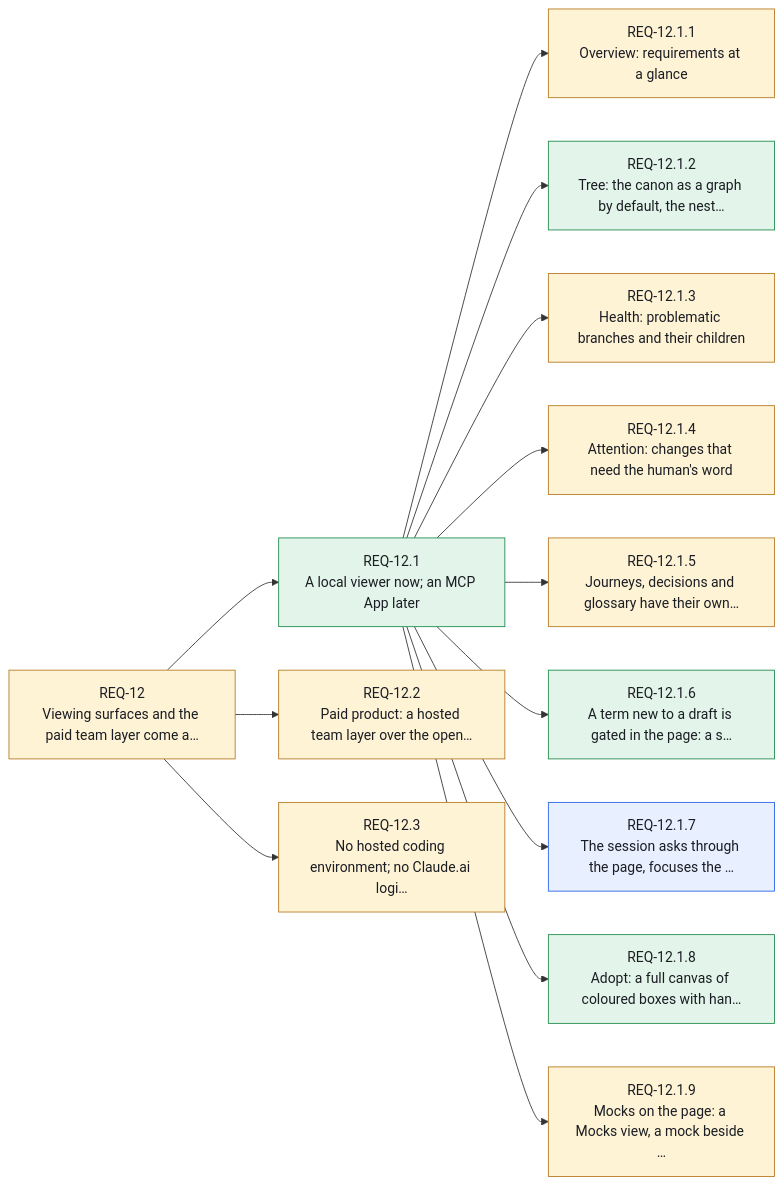
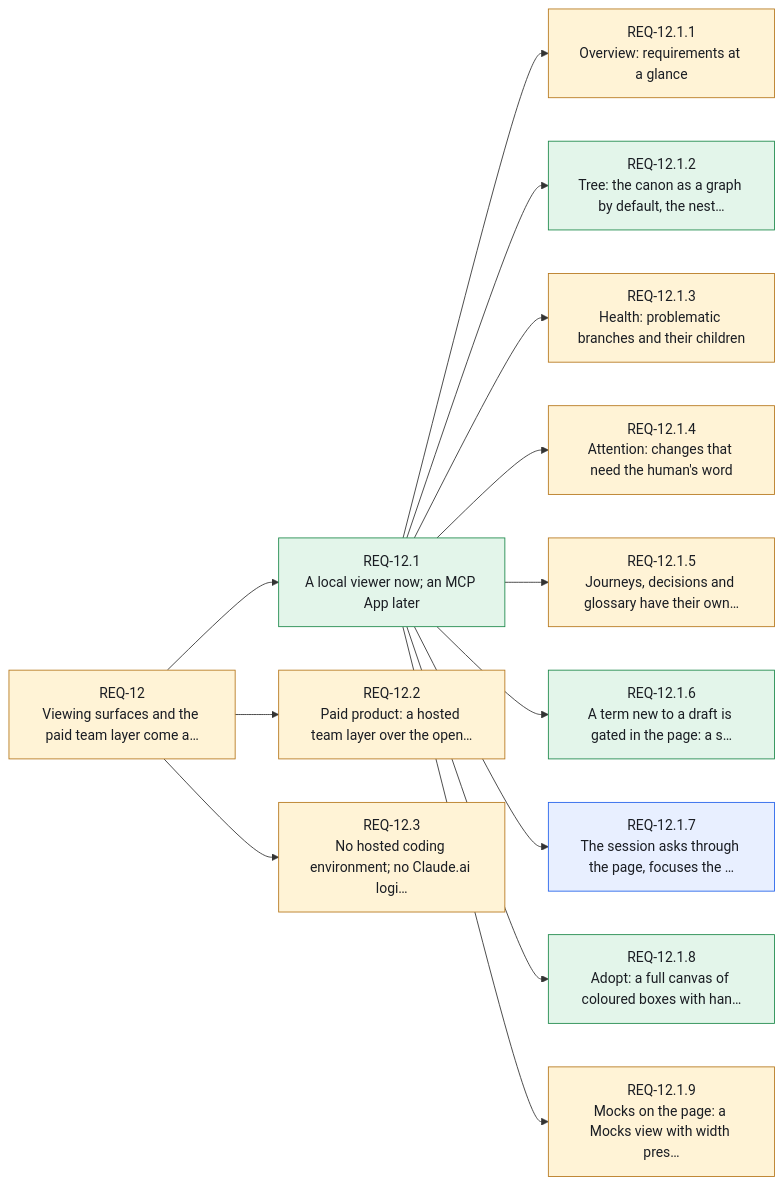
Diagram 13 of 14 in canon/INDEX.md (Althis/headcanon), drawn with Mermaid before and after one commit. The commit also changed other lines of this file and 14 other files, not shown here.

````diff
--- a/canon/INDEX.md
+++ b/canon/INDEX.md
@@ -579,33 +579,33 @@
 ```mermaid
 flowchart LR
     REQ_12["REQ-12<br/>Viewing surfaces and the paid team layer come a…"]:::assumed
     REQ_12_1["REQ-12.1<br/>A local viewer now; an MCP App later"]:::stated
     REQ_12_1_1["REQ-12.1.1<br/>Overview: requirements at a glance"]:::assumed
     REQ_12_1_2["REQ-12.1.2<br/>Tree: the canon as a graph by default, the nest…"]:::stated
     REQ_12_1_3["REQ-12.1.3<br/>Health: problematic branches and their children"]:::assumed
     REQ_12_1_4["REQ-12.1.4<br/>Attention: changes that need the human's word"]:::assumed
     REQ_12_1_5["REQ-12.1.5<br/>Journeys, decisions and glossary have their own…"]:::assumed
     REQ_12_1_6["REQ-12.1.6<br/>A term new to a draft is gated in the page: a s…"]:::stated
     REQ_12_1_7["REQ-12.1.7<br/>The session asks through the page, focuses the …"]:::resolved
     REQ_12_1_8["REQ-12.1.8<br/>Adopt: a full canvas of coloured boxes with han…"]:::stated
-    REQ_12_1_9["REQ-12.1.9<br/>Mocks on the page: a Mocks view, a mock beside …"]:::assumed
+    REQ_12_1_9["REQ-12.1.9<br/>Mocks on the page: a Mocks view with width pres…"]:::assumed
     REQ_12_2["REQ-12.2<br/>Paid product: a hosted team layer over the open…"]:::assumed
     REQ_12_3["REQ-12.3<br/>No hosted coding environment; no Claude.ai logi…"]:::assumed
     REQ_12 --> REQ_12_1
     REQ_12_1 --> REQ_12_1_1
     REQ_12_1 --> REQ_12_1_2
     REQ_12_1 --> REQ_12_1_3
     REQ_12_1 --> REQ_12_1_4
     REQ_12_1 --> REQ_12_1_5
     REQ_12_1 --> REQ_12_1_6
     REQ_12_1 --> REQ_12_1_7
     REQ_12_1 --> REQ_12_1_8
     REQ_12_1 --> REQ_12_1_9
     REQ_12 --> REQ_12_2
     REQ_12 --> REQ_12_3
     classDef stated fill:#e3f5ea,stroke:#1f8a4c,color:#1a1d23
     classDef resolved fill:#e8efff,stroke:#2563eb,color:#1a1d23
     classDef assumed fill:#fff3d6,stroke:#b7791f,color:#1a1d23
     classDef open fill:#ece9fb,stroke:#6b5bd2,color:#1a1d23
     classDef contested fill:#fde7e8,stroke:#d13438,color:#1a1d23
 ```
````
